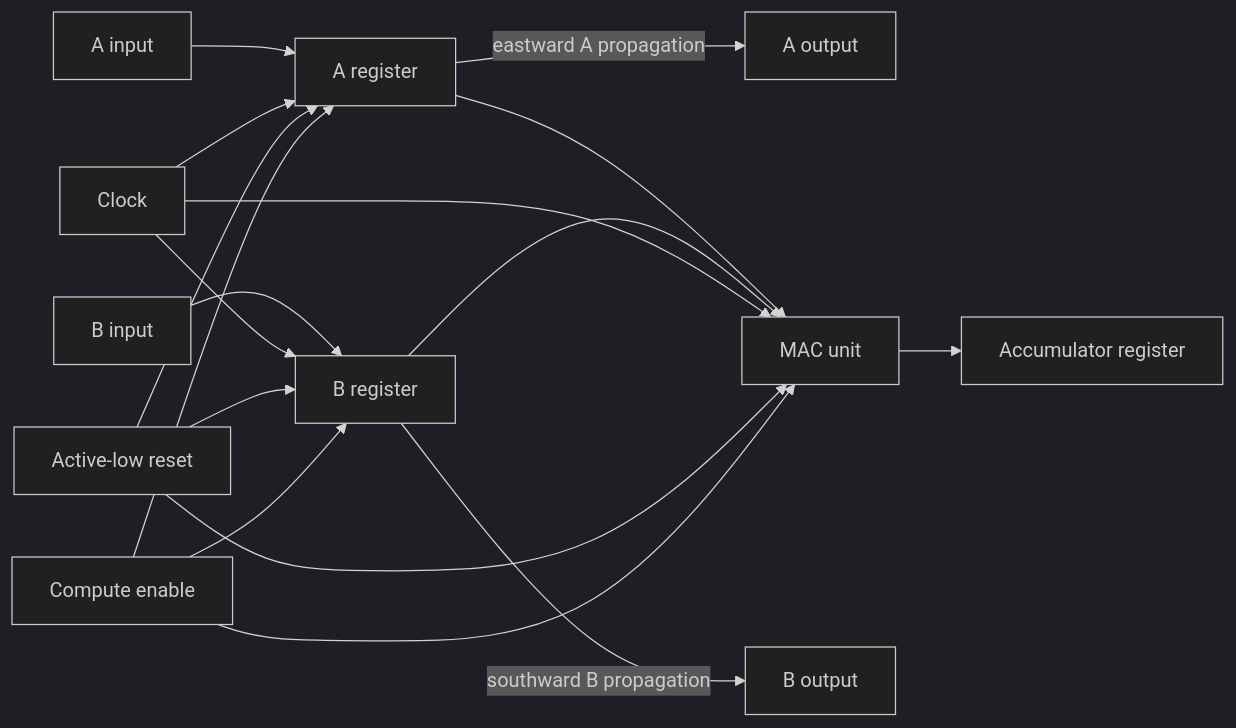
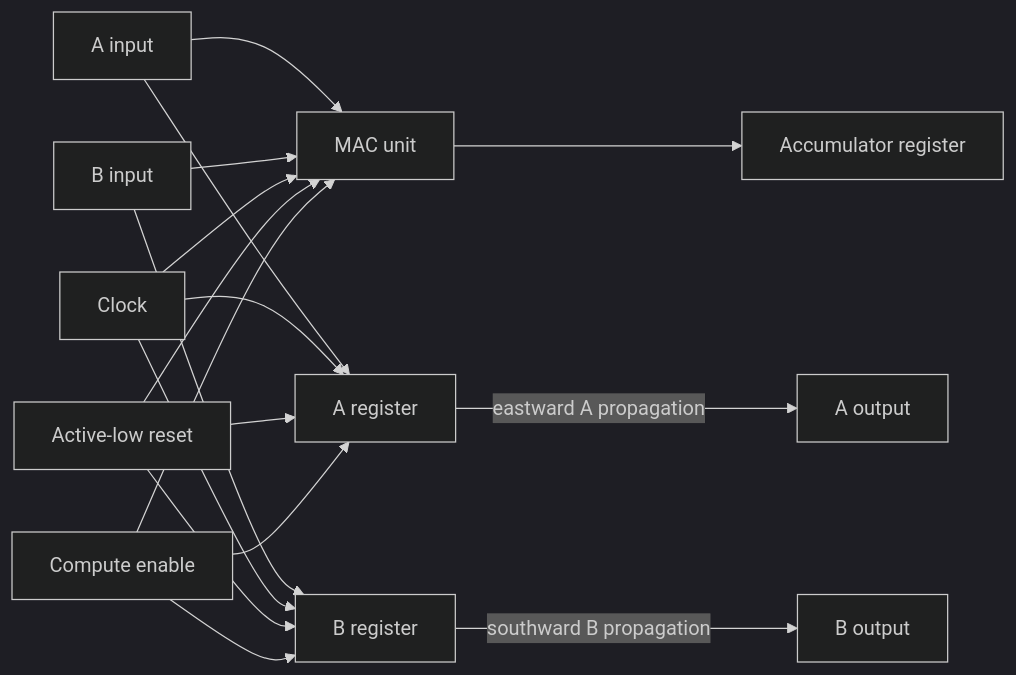
One commit to alpha-sml/Systolic-Array-Accelerator changed the second of 3 diagrams in README.md. Above: the diagram before and after it, drawn with Mermaid (dark theme). The commit also changed other lines of this file, not shown here.

Commit message:
docs: update architecture data path diagram, MAC flowchart, and build directory description in README

````diff
--- a/README.md
+++ b/README.md
@@ -56,20 +59,20 @@
 ```mermaid
 flowchart LR
-    A[A input] --> AR[A register]
+    A[A input] --> MAC[MAC unit]
+    B[B input] --> MAC
+    A --> AR[A register]
     AR -->|eastward A propagation| AE[A output]
-    AR --> MAC[MAC unit]
-    B[B input] --> BR[B register]
+    B --> BR[B register]
     BR -->|southward B propagation| BS[B output]
-    BR --> MAC
     MAC --> ACC[Accumulator register]
 
     CLK[Clock] --> AR
     CLK --> BR
     CLK --> MAC
     RST[Active-low reset] --> AR
     RST --> BR
     RST --> MAC
     EN[Compute enable] --> AR
     EN --> BR
     EN --> MAC
 ```
````
